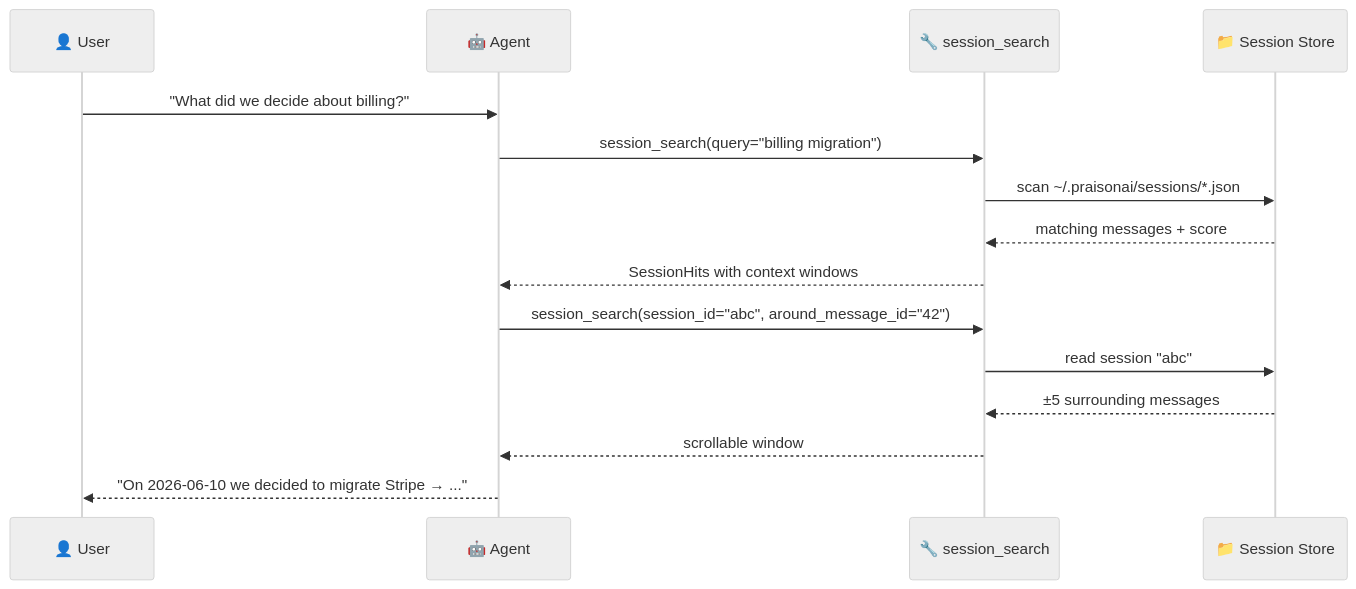
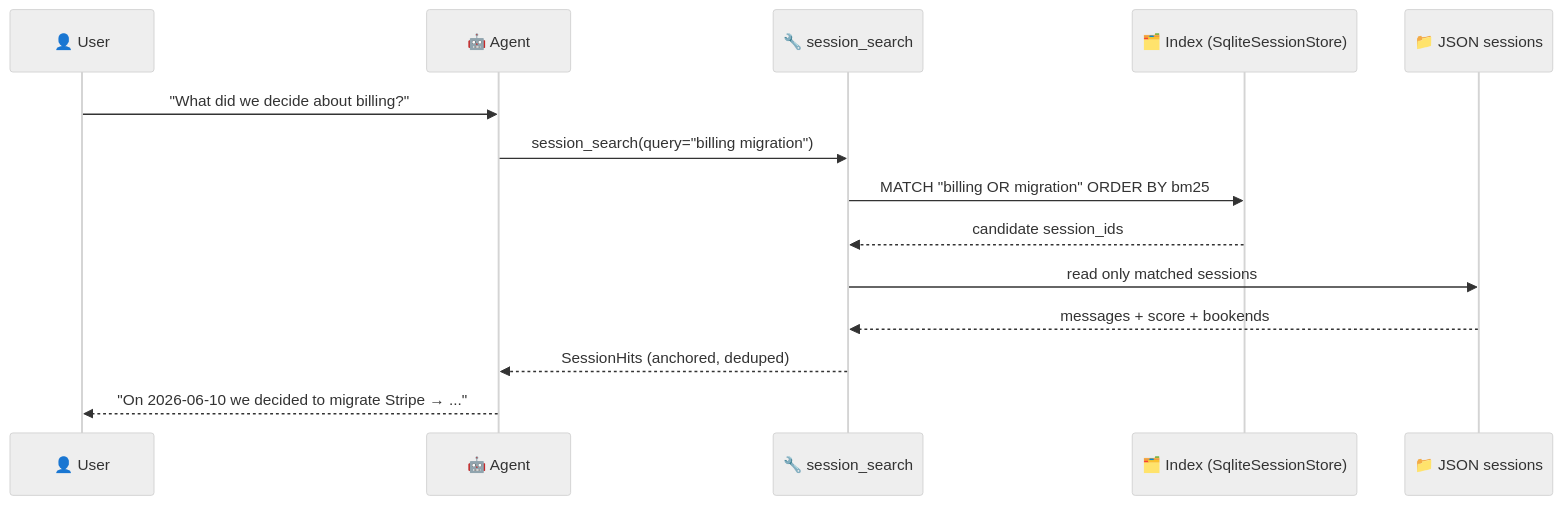
The second of 4 diagrams in docs/features/cross-session-recall.mdx (MervinPraison/PraisonAIDocs), drawn with Mermaid (neutral theme) before and after one commit. The commit also changed other lines of this file and 2 other files, not shown here.

Commit message:
docs: document SqliteSessionStore + anchored/demoted/deduped recall (fixes #1872)

````diff
--- a/docs/features/cross-session-recall.mdx
+++ b/docs/features/cross-session-recall.mdx
@@ -83,17 +103,16 @@
 ```mermaid
 sequenceDiagram
     participant U as 👤 User
     participant A as 🤖 Agent
     participant T as 🔧 session_search
-    participant S as 📁 Session Store
+    participant I as 🗂️ Index (SqliteSessionStore)
+    participant S as 📁 JSON sessions
     U->>A: "What did we decide about billing?"
     A->>T: session_search(query="billing migration")
-    T->>S: scan ~/.praisonai/sessions/*.json
-    S-->>T: matching messages + score
-    T-->>A: SessionHits with context windows
-    A->>T: session_search(session_id="abc", around_message_id="42")
-    T->>S: read session "abc"
-    S-->>T: ±5 surrounding messages
-    T-->>A: scrollable window
+    T->>I: MATCH "billing OR migration" ORDER BY bm25
+    I-->>T: candidate session_ids
+    T->>S: read only matched sessions
+    S-->>T: messages + score + bookends
+    T-->>A: SessionHits (anchored, deduped)
     A-->>U: "On 2026-06-10 we decided to migrate Stripe → ..."
 ```
````
